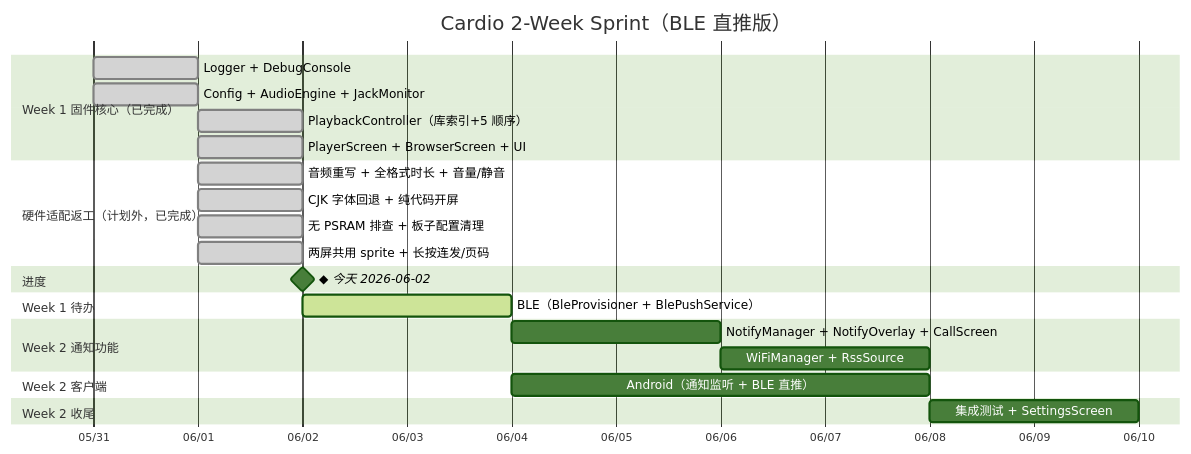
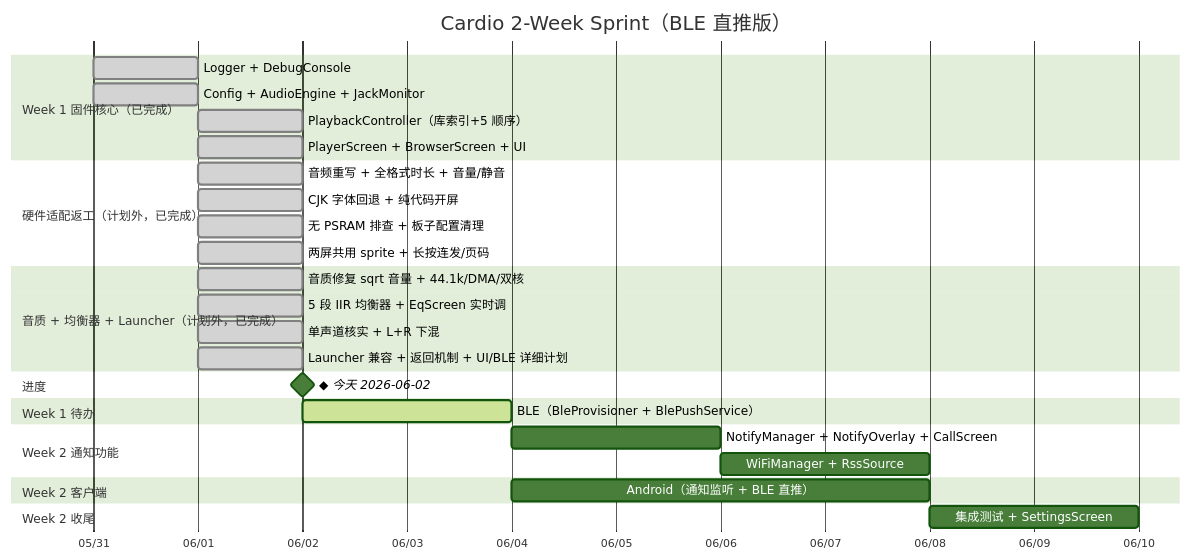
Before and after one commit to ZUENS2020/Cardio: the diagram in Cardio/PLAN.md, drawn with Mermaid (forest theme). The commit also changed other lines of this file and 3 other files, not shown here.

First line of the commit message:
docs: sync audio/EQ/mono/Launcher, add UI+BLE detailed plan

````diff
--- a/Cardio/PLAN.md
+++ b/Cardio/PLAN.md
@@ -58,35 +60,41 @@
 ```mermaid
 gantt
     title Cardio 2-Week Sprint（BLE 直推版）
     dateFormat  YYYY-MM-DD
     axisFormat  %m/%d
     todayMarker off
 
     section Week 1 固件核心（已完成）
     Logger + DebugConsole                :done, 2026-05-31, 1d
     Config + AudioEngine + JackMonitor   :done, 2026-05-31, 1d
     PlaybackController（库索引+5 顺序）   :done, 2026-06-01, 1d
     PlayerScreen + BrowserScreen + UI    :done, 2026-06-01, 1d
 
     section 硬件适配返工（计划外，已完成）
     音频重写 + 全格式时长 + 音量/静音     :done, 2026-06-01, 1d
     CJK 字体回退 + 纯代码开屏            :done, 2026-06-01, 1d
     无 PSRAM 排查 + 板子配置清理         :done, 2026-06-01, 1d
     两屏共用 sprite + 长按连发/页码      :done, 2026-06-01, 1d
 
+    section 音质 + 均衡器 + Launcher（计划外，已完成）
+    音质修复 sqrt 音量 + 44.1k/DMA/双核   :done, 2026-06-01, 1d
+    5 段 IIR 均衡器 + EqScreen 实时调      :done, 2026-06-01, 1d
+    单声道核实 + L+R 下混                :done, 2026-06-01, 1d
+    Launcher 兼容 + 返回机制 + UI/BLE 详细计划 :done, 2026-06-01, 1d
+
     section 进度
     ◆ 今天 2026-06-02                    :milestone, m0, 2026-06-02, 0d
 
     section Week 1 待办
     BLE（BleProvisioner + BlePushService）:active, w1d, 2026-06-02, 2d
 
     section Week 2 通知功能
     NotifyManager + NotifyOverlay + CallScreen :w2a, after w1d, 2d
     WiFiManager + RssSource              :w2b, after w2a, 2d
 
     section Week 2 客户端
     Android（通知监听 + BLE 直推）       :a1, 2026-06-04, 4d
 
     section Week 2 收尾
     集成测试 + SettingsScreen            :t1, after w2b, 2d
 ```
````
